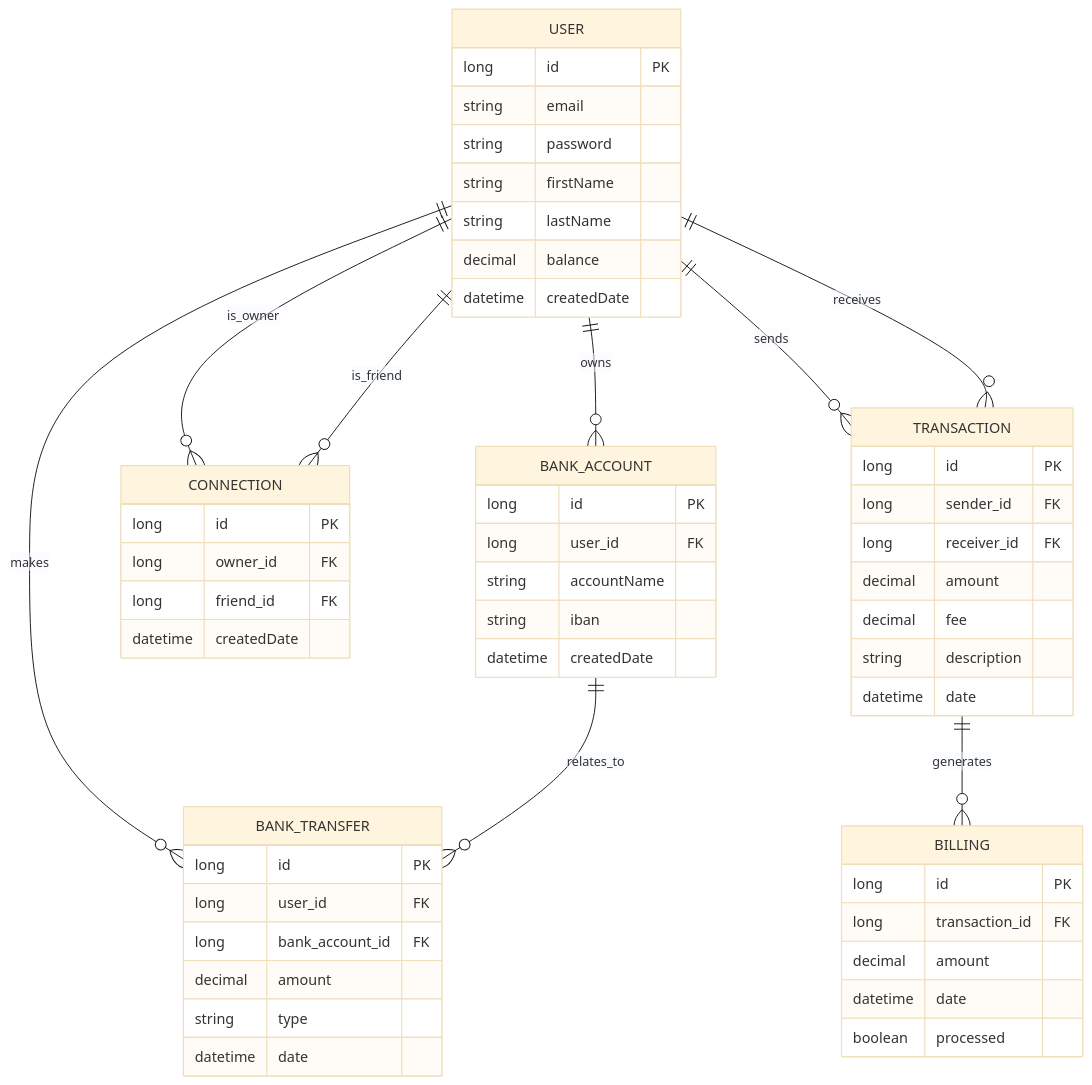
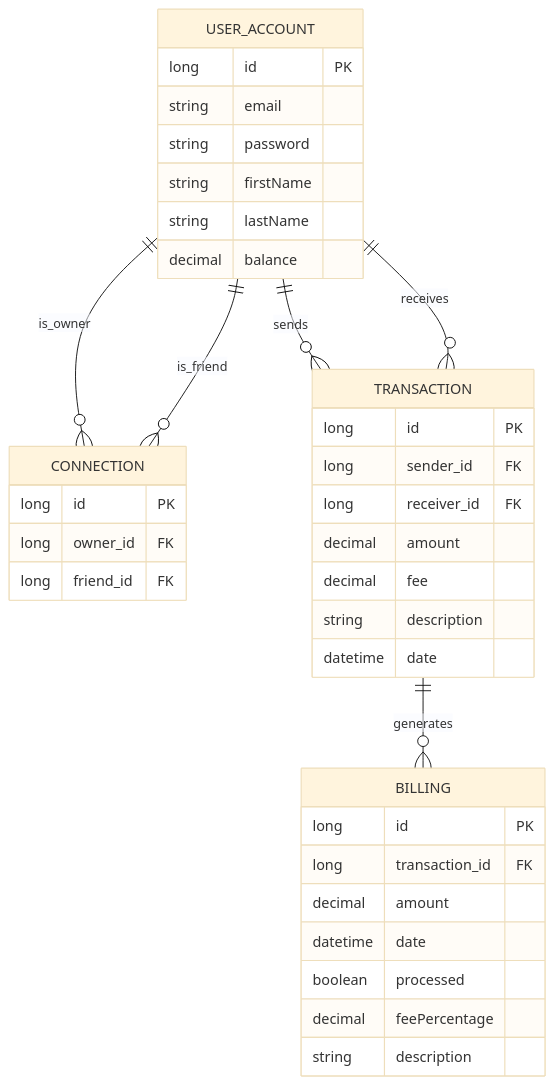
The diagram in README.md (Ephyrass/PayMyBuddy), drawn with Mermaid (base theme) before and after one commit. The commit also changed other lines of this file and 8 other files, not shown here.

First line of the commit message:
Refactor models and remove bank account and transfer.

````diff
--- a/README.md
+++ b/README.md
@@ -6,63 +6,43 @@
 ```mermaid
 erDiagram
-    USER {
+    USER_ACCOUNT {
         long id PK
         string email
         string password
         string firstName
         string lastName
         decimal balance
-        datetime createdDate
-    }
-    
-    BANK_ACCOUNT {
-        long id PK
-        long user_id FK
-        string accountName
-        string iban
-        datetime createdDate
     }
     
     CONNECTION {
         long id PK
         long owner_id FK
         long friend_id FK
-        datetime createdDate
     }
     
     TRANSACTION {
         long id PK
         long sender_id FK
         long receiver_id FK
         decimal amount
         decimal fee
         string description
         datetime date
     }
     
-    BANK_TRANSFER {
-        long id PK
-        long user_id FK
-        long bank_account_id FK
-        decimal amount
-        string type
-        datetime date
-    }
-    
     BILLING {
         long id PK
         long transaction_id FK
         decimal amount
         datetime date
         boolean processed
+        decimal feePercentage
+        string description
     }
     
-    USER ||--o{ BANK_ACCOUNT : owns
-    USER ||--o{ CONNECTION : is_owner
-    USER ||--o{ CONNECTION : is_friend
-    USER ||--o{ TRANSACTION : sends
-    USER ||--o{ TRANSACTION : receives
-    USER ||--o{ BANK_TRANSFER : makes
-    BANK_ACCOUNT ||--o{ BANK_TRANSFER : relates_to
+    USER_ACCOUNT ||--o{ CONNECTION : is_owner
+    USER_ACCOUNT ||--o{ CONNECTION : is_friend
+    USER_ACCOUNT ||--o{ TRANSACTION : sends
+    USER_ACCOUNT ||--o{ TRANSACTION : receives
     TRANSACTION ||--o{ BILLING : generates
 ```
````
